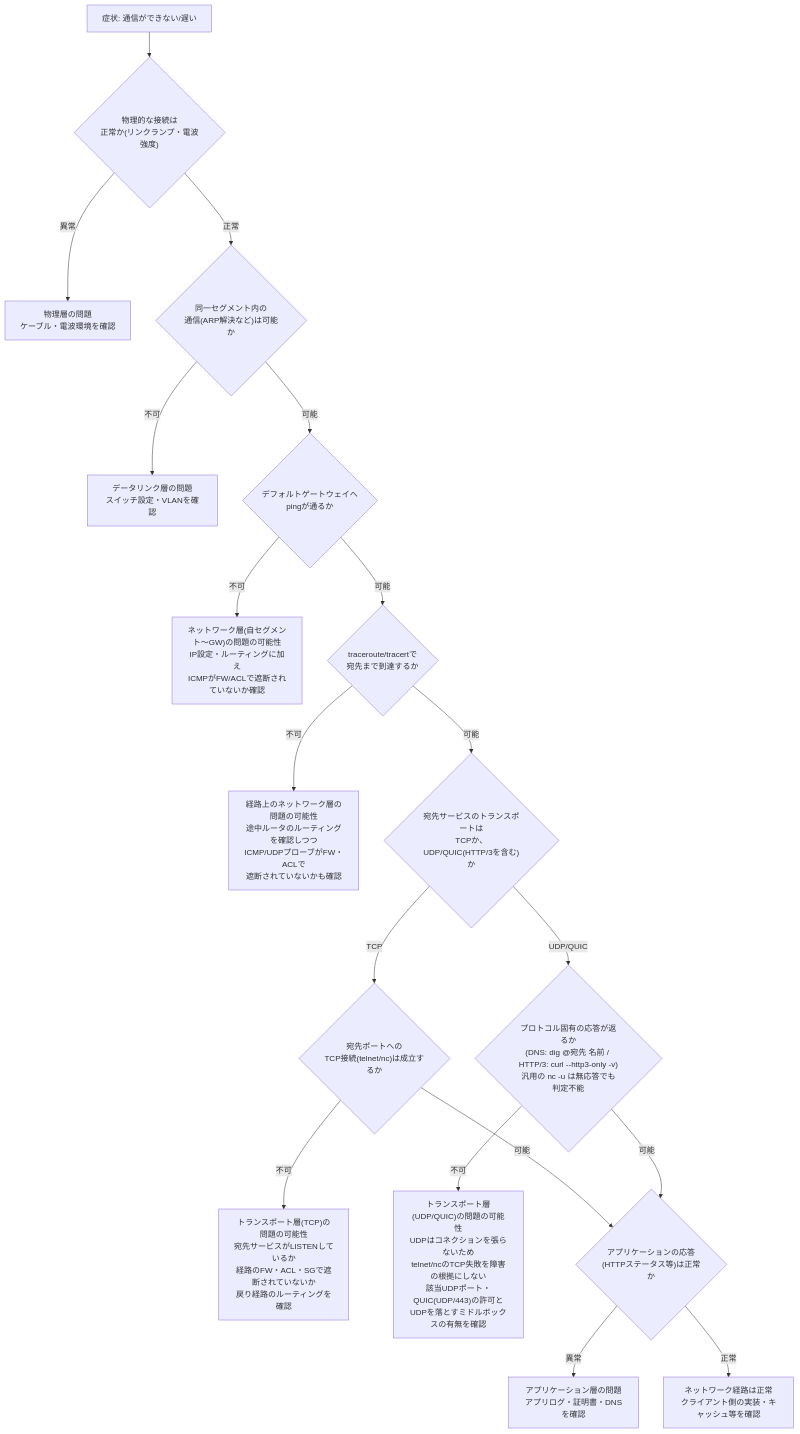
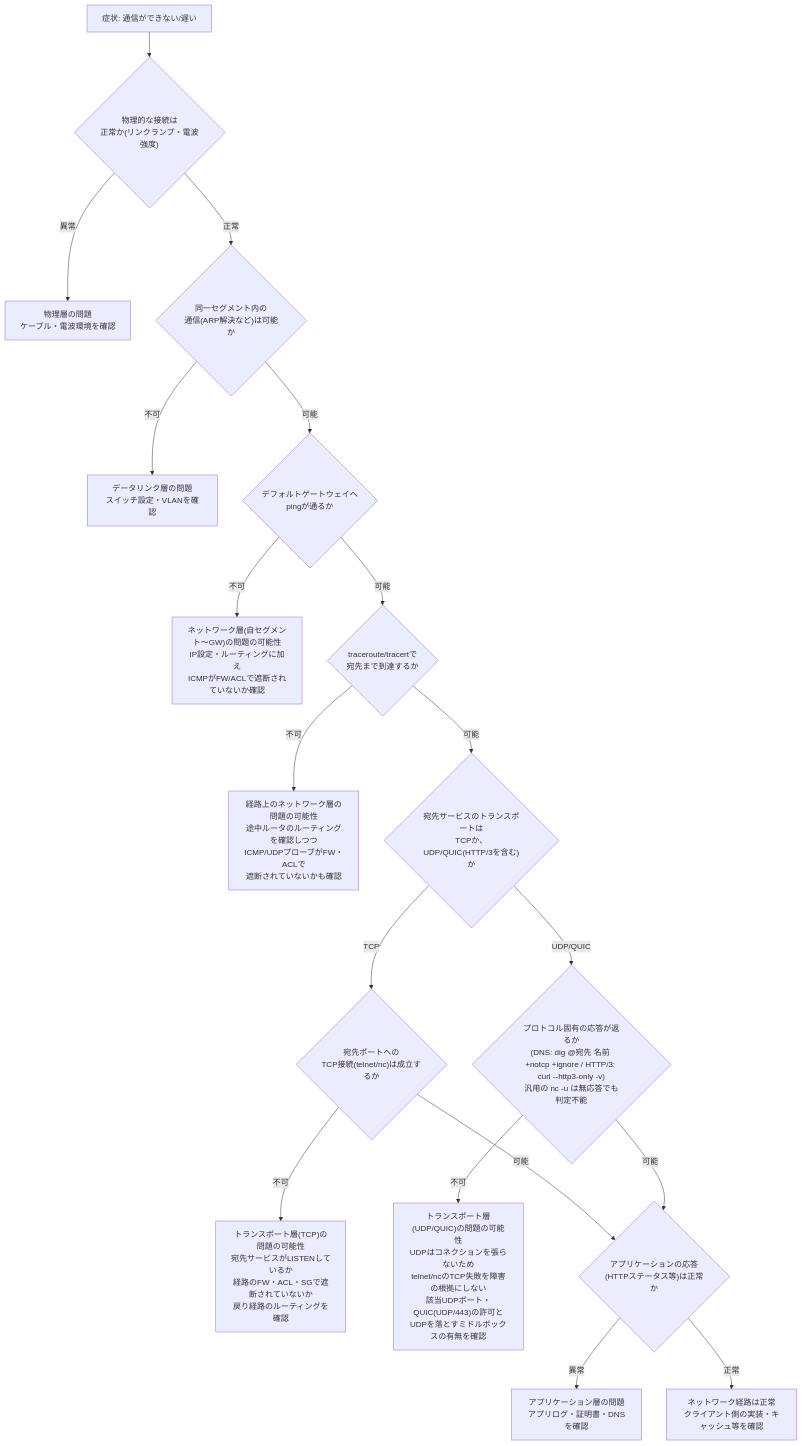
Before and after one commit to myoshi2891/Cloud-Infrastructure-Studies: diagram 21 of 21 in Computer-networks-tanenbaum.md, drawn with Mermaid. The commit also changed other lines of this file, not shown here.

Commit message:
docs(books): refine HTTP/3 and DNS UDP troubleshooting guidelines in Computer Networks guide

````diff
--- a/Computer-networks-tanenbaum.md
+++ b/Computer-networks-tanenbaum.md
@@ -800,20 +800,20 @@
 ```mermaid
 flowchart TD
     Q1["症状: 通信ができない/遅い"] --> Q2{"物理的な接続は<br/>正常か(リンクランプ・電波強度)"}
     Q2 -->|異常| F1["物理層の問題<br/>ケーブル・電波環境を確認"]
     Q2 -->|正常| Q3{"同一セグメント内の<br/>通信(ARP解決など)は可能か"}
     Q3 -->|不可| F2["データリンク層の問題<br/>スイッチ設定・VLANを確認"]
     Q3 -->|可能| Q4{"デフォルトゲートウェイへ<br/>pingが通るか"}
     Q4 -->|不可| F3["ネットワーク層(自セグメント〜GW)の問題の可能性<br/>IP設定・ルーティングに加え<br/>ICMPがFW/ACLで遮断されていないか確認"]
     Q4 -->|可能| Q5{"traceroute/tracertで<br/>宛先まで到達するか"}
     Q5 -->|不可| F4["経路上のネットワーク層の問題の可能性<br/>途中ルータのルーティングを確認しつつ<br/>ICMP/UDPプローブがFW・ACLで<br/>遮断されていないかも確認"]
     Q5 -->|可能| Q6{"宛先サービスのトランスポートは<br/>TCPか、UDP/QUIC(HTTP/3を含む)か"}
     Q6 -->|TCP| Q6T{"宛先ポートへの<br/>TCP接続(telnet/nc)は成立するか"}
-    Q6 -->|UDP/QUIC| Q6U{"プロトコル固有の応答が返るか<br/>(DNS: dig @宛先 名前 / HTTP/3: curl --http3-only -v)<br/>汎用の nc -u は無応答でも判定不能"}
+    Q6 -->|UDP/QUIC| Q6U{"プロトコル固有の応答が返るか<br/>(DNS: dig @宛先 名前 +notcp +ignore / HTTP/3: curl --http3-only -v)<br/>汎用の nc -u は無応答でも判定不能"}
     Q6T -->|不可| F5["トランスポート層(TCP)の問題の可能性<br/>宛先サービスがLISTENしているか<br/>経路のFW・ACL・SGで遮断されていないか<br/>戻り経路のルーティングを確認"]
     Q6U -->|不可| F5U["トランスポート層(UDP/QUIC)の問題の可能性<br/>UDPはコネクションを張らないため<br/>telnet/ncのTCP失敗を障害の根拠にしない<br/>該当UDPポート・QUIC(UDP/443)の許可と<br/>UDPを落とすミドルボックスの有無を確認"]
     Q6T -->|可能| Q7{"アプリケーションの応答<br/>(HTTPステータス等)は正常か"}
     Q6U -->|可能| Q7
     Q7 -->|異常| F6["アプリケーション層の問題<br/>アプリログ・証明書・DNSを確認"]
     Q7 -->|正常| F7["ネットワーク経路は正常<br/>クライアント側の実装・キャッシュ等を確認"]
 ```
````
